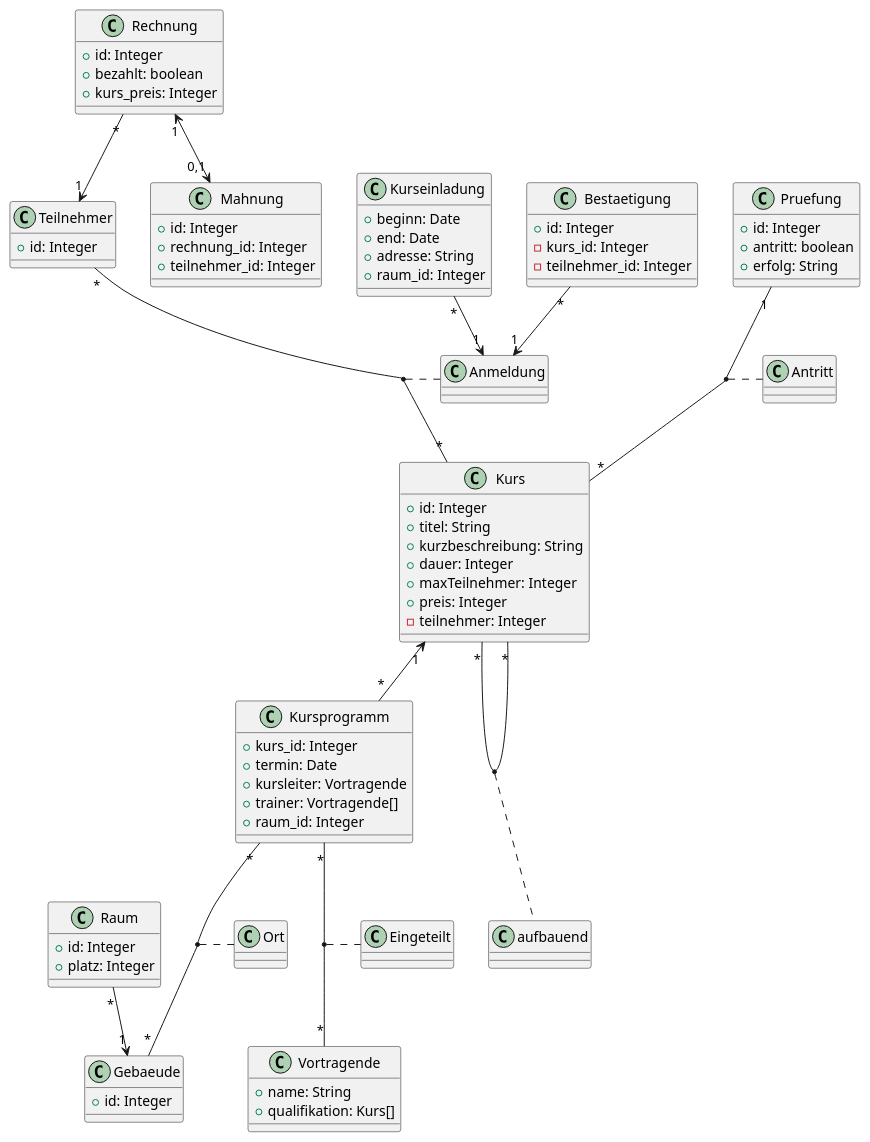
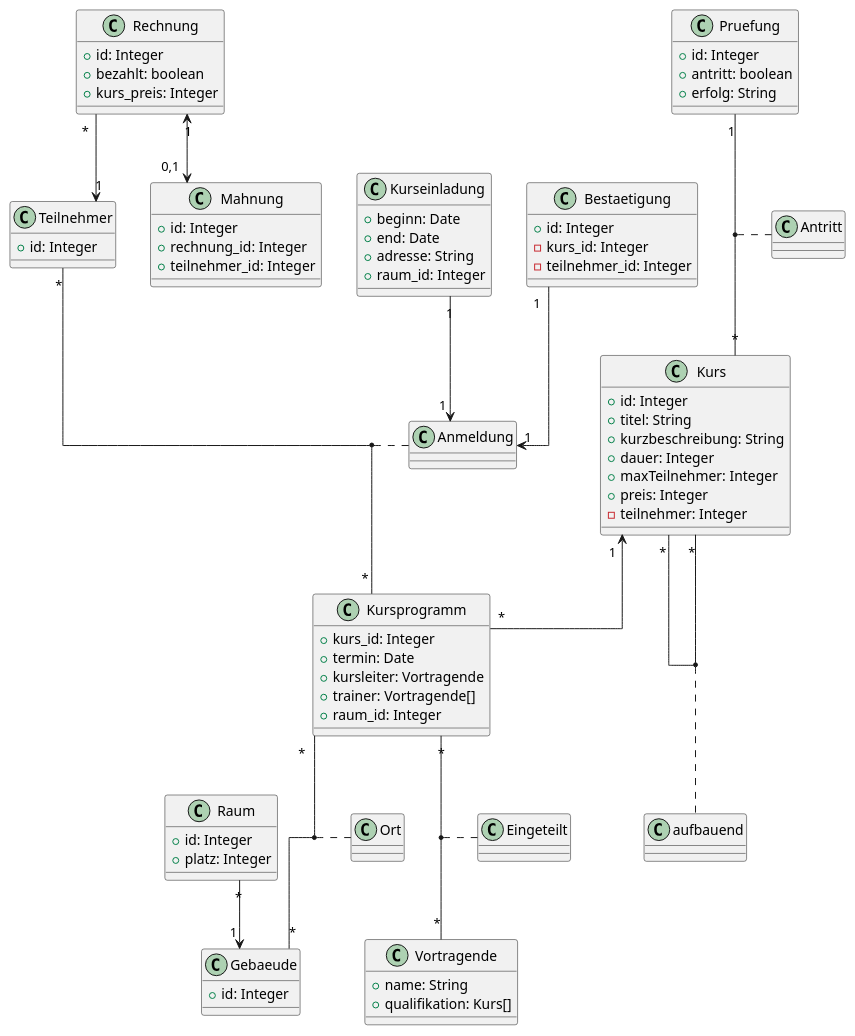
Before and after one commit to floradallinger/htl3: the diagram in syp/plantuml_uebungen/001_kursverwaltung.puml, drawn with PlantUML.

Commit message:
fixed a mistake. Relations between Anmeldung, Kurseinladung and Bestaetigung were wrong and Teilnehmer has to have a relation with Kursprogramm instead of Kurs

```diff
--- a/syp/plantuml_uebungen/001_kursverwaltung.puml
+++ b/syp/plantuml_uebungen/001_kursverwaltung.puml
@@ -1,104 +1,105 @@
 @startuml
+skinparam linetype ortho
 'https://plantuml.com/class-diagram
 
 class Kurs{
 +id: Integer
 +titel: String
 +kurzbeschreibung: String
 +dauer: Integer
 +maxTeilnehmer: Integer
 +preis: Integer
 -teilnehmer: Integer
 }
 
 class Kursprogramm{
 +kurs_id: Integer
 +termin: Date
 +kursleiter: Vortragende
 +trainer: Vortragende[]
 +raum_id: Integer
 }
 
 class Raum{
 +id: Integer
 +platz: Integer
 }
 
 class Gebaeude{
 +id: Integer
 }
 
 class Vortragende{
 +name: String
 +qualifikation: Kurs[]
 }
 
 class Kurseinladung{
 +beginn: Date
 +end: Date
 +adresse: String
 +raum_id: Integer
 }
 
 class Teilnehmer{
 +id: Integer
 }
 
 class Bestaetigung{
 +id: Integer
 -kurs_id: Integer
 -teilnehmer_id: Integer
 }
 
 class Rechnung{
 + id: Integer
 + bezahlt: boolean
 + kurs_preis: Integer
 }
 
 class Mahnung{
 +id: Integer
 +rechnung_id: Integer
 +teilnehmer_id: Integer
 }
 
 class Pruefung{
 +id: Integer
 +antritt: boolean
 +erfolg: String
 }
 
 
 Kurs "*"--"*" Kurs
 
 (Kurs, Kurs) .. aufbauend
 
 Raum "*"-->"1" Gebaeude
 
 Kurs "1"<--"*" Kursprogramm
 
 Kursprogramm "*"--"*" Gebaeude
 
 (Kursprogramm, Gebaeude) .. Ort
 
 Kursprogramm "*"--"*" Vortragende
 
 (Kursprogramm, Vortragende) .. Eingeteilt
 
-Kurseinladung "*"-->"1" Anmeldung
+Kurseinladung "1"-->"1" Anmeldung
 
-Bestaetigung "*"-->"1" Anmeldung
+Bestaetigung "1"-->"1" Anmeldung
 
 Rechnung "*"-->"1" Teilnehmer
 
-Teilnehmer "*"--"*" Kurs
+Teilnehmer "*"--"*" Kursprogramm
 
-(Teilnehmer, Kurs) .. Anmeldung
+(Teilnehmer, Kursprogramm) .. Anmeldung
 
 Rechnung "1"<-->"0,1" Mahnung
 
 Pruefung "1"--"*" Kurs
 
 (Pruefung, Kurs) .. Antritt
 
 @enduml
```
